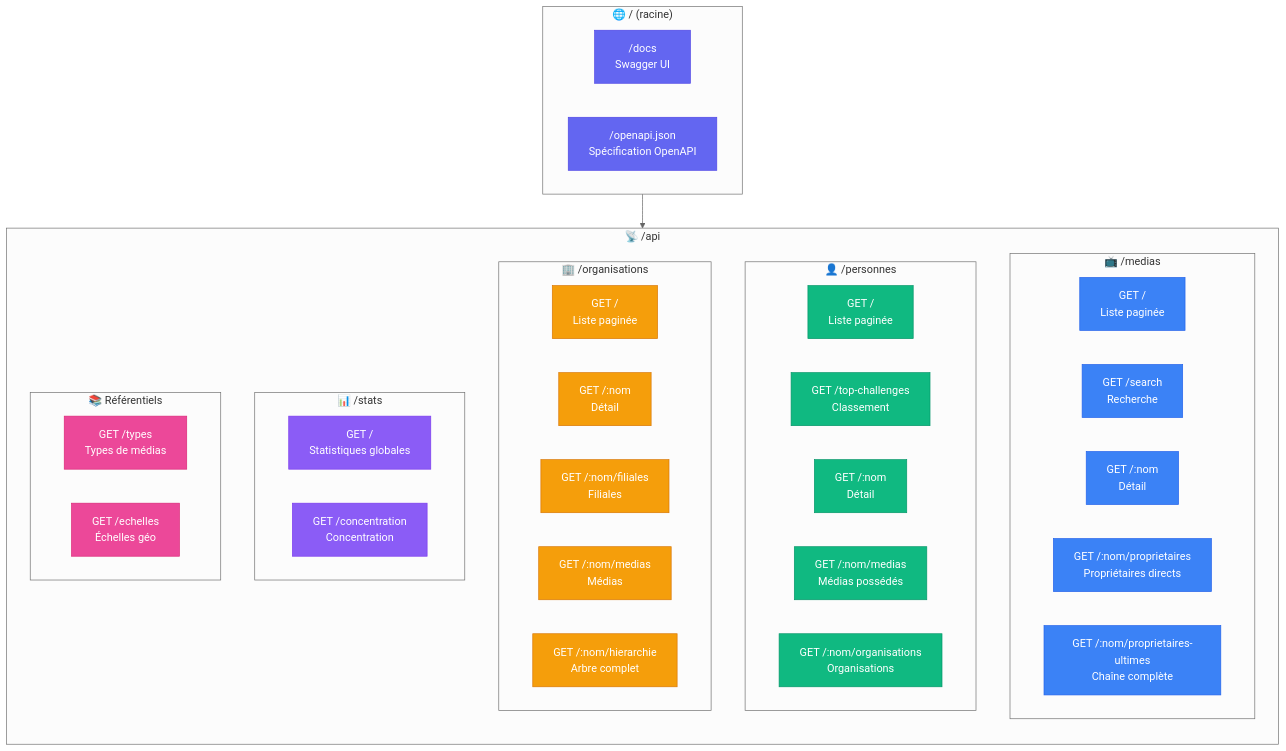
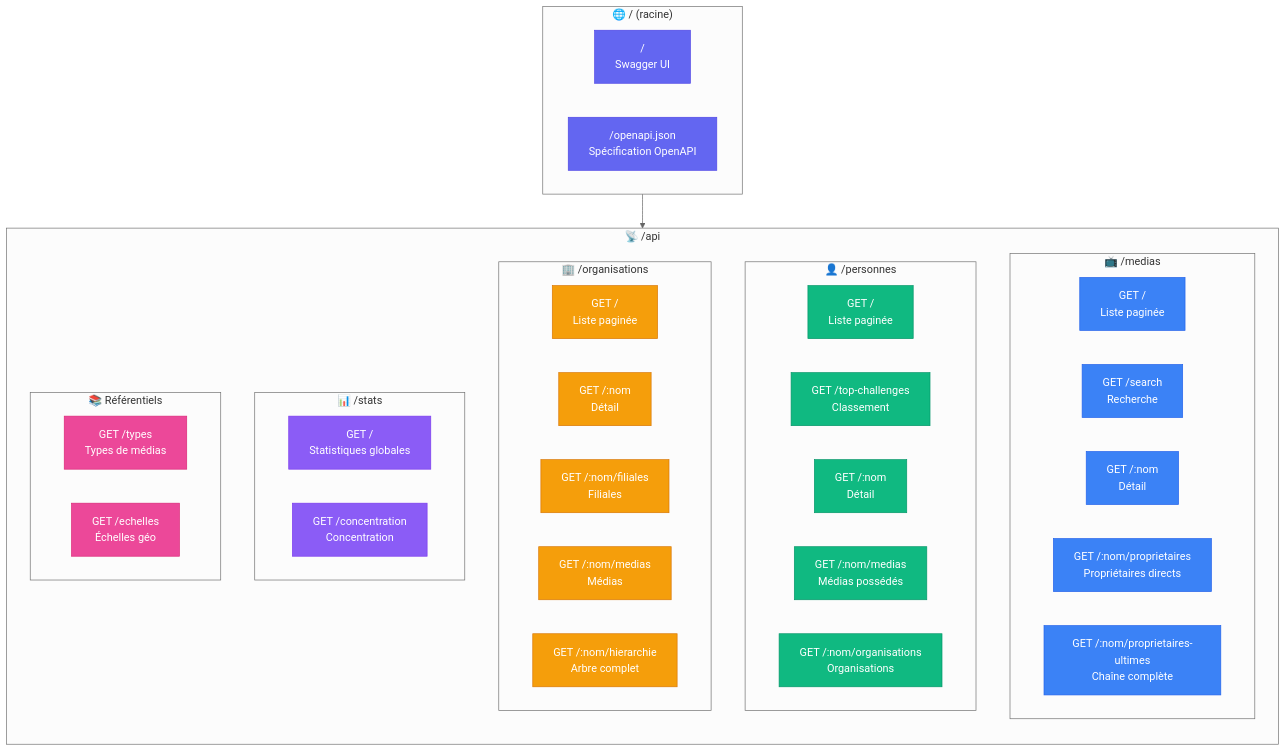
The fifth of 14 diagrams in docs/diagrams.md (cedric-famibelle-pronzola/medias-francais-api), drawn with Mermaid (neutral theme) before and after one commit. The commit also changed 4 other files, not shown here.

````diff
--- a/docs/diagrams.md
+++ b/docs/diagrams.md
@@ -251,69 +251,69 @@
 ```mermaid
 flowchart TB
     subgraph Root["🌐 / (racine)"]
-        DOCS["/docs<br/>Swagger UI"]
+        DOCS["/<br/>Swagger UI"]
         SPEC["/openapi.json<br/>Spécification OpenAPI"]
     end
 
     subgraph API["📡 /api"]
         direction TB
 
         subgraph Medias["📺 /medias"]
             M1["GET /<br/>Liste paginée"]
             M2["GET /search<br/>Recherche"]
             M3["GET /:nom<br/>Détail"]
             M4["GET /:nom/proprietaires<br/>Propriétaires directs"]
             M5["GET /:nom/proprietaires-ultimes<br/>Chaîne complète"]
         end
 
         subgraph Personnes["👤 /personnes"]
             P1["GET /<br/>Liste paginée"]
             P2["GET /top-challenges<br/>Classement"]
             P3["GET /:nom<br/>Détail"]
             P4["GET /:nom/medias<br/>Médias possédés"]
             P5["GET /:nom/organisations<br/>Organisations"]
         end
 
         subgraph Organisations["🏢 /organisations"]
             O1["GET /<br/>Liste paginée"]
             O2["GET /:nom<br/>Détail"]
             O3["GET /:nom/filiales<br/>Filiales"]
             O4["GET /:nom/medias<br/>Médias"]
             O5["GET /:nom/hierarchie<br/>Arbre complet"]
         end
 
         subgraph Stats["📊 /stats"]
             S1["GET /<br/>Statistiques globales"]
             S2["GET /concentration<br/>Concentration"]
         end
 
         subgraph Refs["📚 Référentiels"]
             R1["GET /types<br/>Types de médias"]
             R2["GET /echelles<br/>Échelles géo"]
         end
     end
 
     Root --> API
 
     style DOCS fill:#6366f1,stroke:#4f46e5,color:#fff
     style SPEC fill:#6366f1,stroke:#4f46e5,color:#fff
     style M1 fill:#3b82f6,stroke:#2563eb,color:#fff
     style M2 fill:#3b82f6,stroke:#2563eb,color:#fff
     style M3 fill:#3b82f6,stroke:#2563eb,color:#fff
     style M4 fill:#3b82f6,stroke:#2563eb,color:#fff
     style M5 fill:#3b82f6,stroke:#2563eb,color:#fff
     style P1 fill:#10b981,stroke:#059669,color:#fff
     style P2 fill:#10b981,stroke:#059669,color:#fff
     style P3 fill:#10b981,stroke:#059669,color:#fff
     style P4 fill:#10b981,stroke:#059669,color:#fff
     style P5 fill:#10b981,stroke:#059669,color:#fff
     style O1 fill:#f59e0b,stroke:#d97706,color:#fff
     style O2 fill:#f59e0b,stroke:#d97706,color:#fff
     style O3 fill:#f59e0b,stroke:#d97706,color:#fff
     style O4 fill:#f59e0b,stroke:#d97706,color:#fff
     style O5 fill:#f59e0b,stroke:#d97706,color:#fff
     style S1 fill:#8b5cf6,stroke:#7c3aed,color:#fff
     style S2 fill:#8b5cf6,stroke:#7c3aed,color:#fff
     style R1 fill:#ec4899,stroke:#db2777,color:#fff
     style R2 fill:#ec4899,stroke:#db2777,color:#fff
 ```
````
